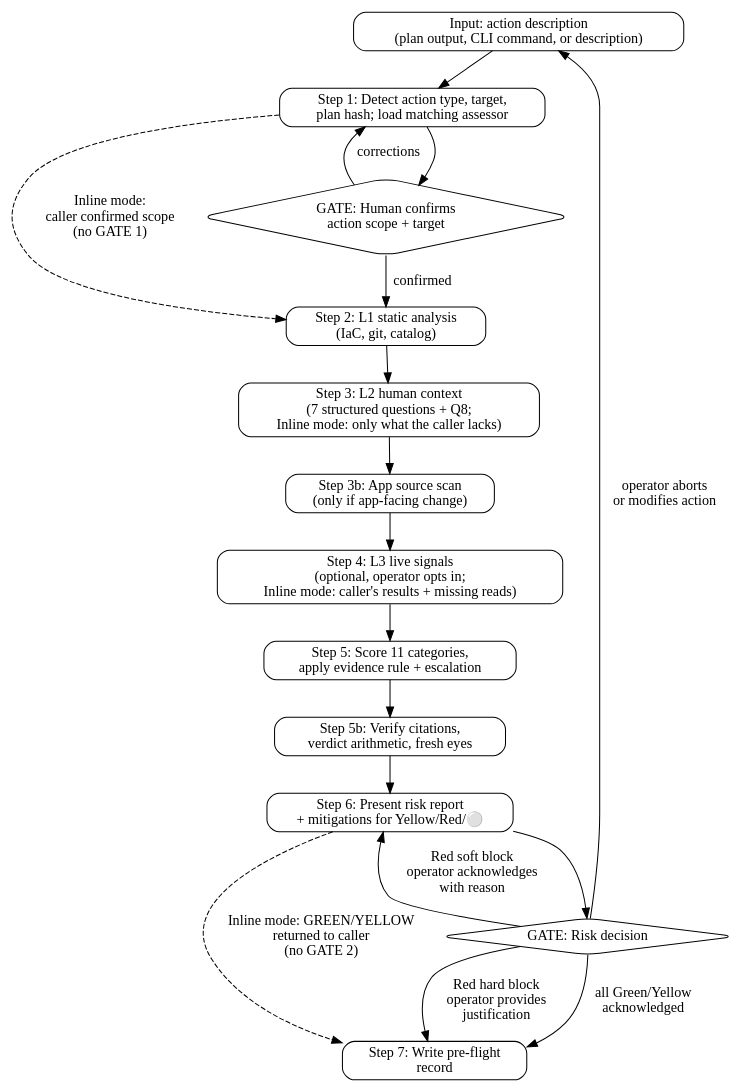
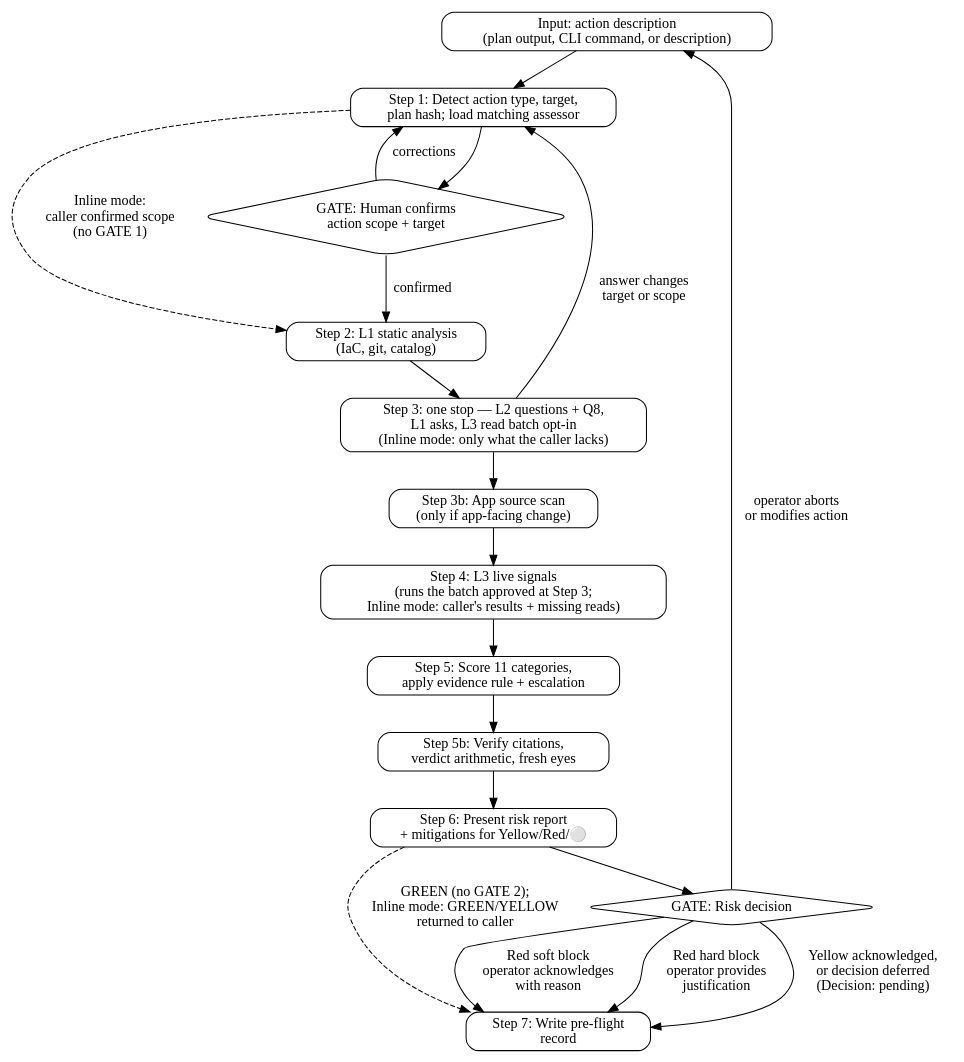
The diagram in skills/pre-flight/SKILL.md (culiops/culiops-skills), drawn with Graphviz before and after one commit. The commit also changed other lines of this file, not shown here.

First line of the commit message:
pre-flight: context questions and live reads in one stop, no commit offer

````diff
--- a/skills/pre-flight/SKILL.md
+++ b/skills/pre-flight/SKILL.md
@@ -191,37 +191,38 @@
 ```dot
 digraph preflight {
     rankdir=TB;
     node [shape=box, style=rounded];
 
     input     [label="Input: action description\n(plan output, CLI command, or description)"];
     detect    [label="Step 1: Detect action type, target,\nplan hash; load matching assessor"];
     gate1     [label="GATE: Human confirms\naction scope + target", shape=diamond];
     static    [label="Step 2: L1 static analysis\n(IaC, git, catalog)"];
-    human     [label="Step 3: L2 human context\n(7 structured questions + Q8;\nInline mode: only what the caller lacks)"];
+    human     [label="Step 3: one stop — L2 questions + Q8,\nL1 asks, L3 read batch opt-in\n(Inline mode: only what the caller lacks)"];
     appsrc    [label="Step 3b: App source scan\n(only if app-facing change)"];
-    live      [label="Step 4: L3 live signals\n(optional, operator opts in;\nInline mode: caller's results + missing reads)"];
+    live      [label="Step 4: L3 live signals\n(runs the batch approved at Step 3;\nInline mode: caller's results + missing reads)"];
     score     [label="Step 5: Score 11 categories,\napply evidence rule + escalation"];
     verify    [label="Step 5b: Verify citations,\nverdict arithmetic, fresh eyes"];
     report    [label="Step 6: Present risk report\n+ mitigations for Yellow/Red/⚪"];
     gate2     [label="GATE: Risk decision", shape=diamond];
     record    [label="Step 7: Write pre-flight\nrecord"];
 
     input -> detect;
     detect -> gate1;
     gate1 -> static    [label="confirmed"];
     gate1 -> detect    [label="corrections"];
     detect -> static   [label="Inline mode:\ncaller confirmed scope\n(no GATE 1)", style=dashed];
     static -> human;
+    human -> detect    [label="answer changes\ntarget or scope"];
     human -> appsrc;
     appsrc -> live;
     live -> score;
     score -> verify;
     verify -> report;
     report -> gate2;
-    gate2 -> record    [label="all Green/Yellow\nacknowledged"];
-    gate2 -> report    [label="Red soft block\noperator acknowledges\nwith reason"];
+    gate2 -> record    [label="Yellow acknowledged,\nor decision deferred\n(Decision: pending)"];
+    gate2 -> record    [label="Red soft block\noperator acknowledges\nwith reason"];
     gate2 -> record    [label="Red hard block\noperator provides\njustification"];
     gate2 -> input     [label="operator aborts\nor modifies action"];
-    report -> record   [label="Inline mode: GREEN/YELLOW\nreturned to caller\n(no GATE 2)", style=dashed];
+    report -> record   [label="GREEN (no GATE 2);\nInline mode: GREEN/YELLOW\nreturned to caller", style=dashed];
 }
 ```
````
